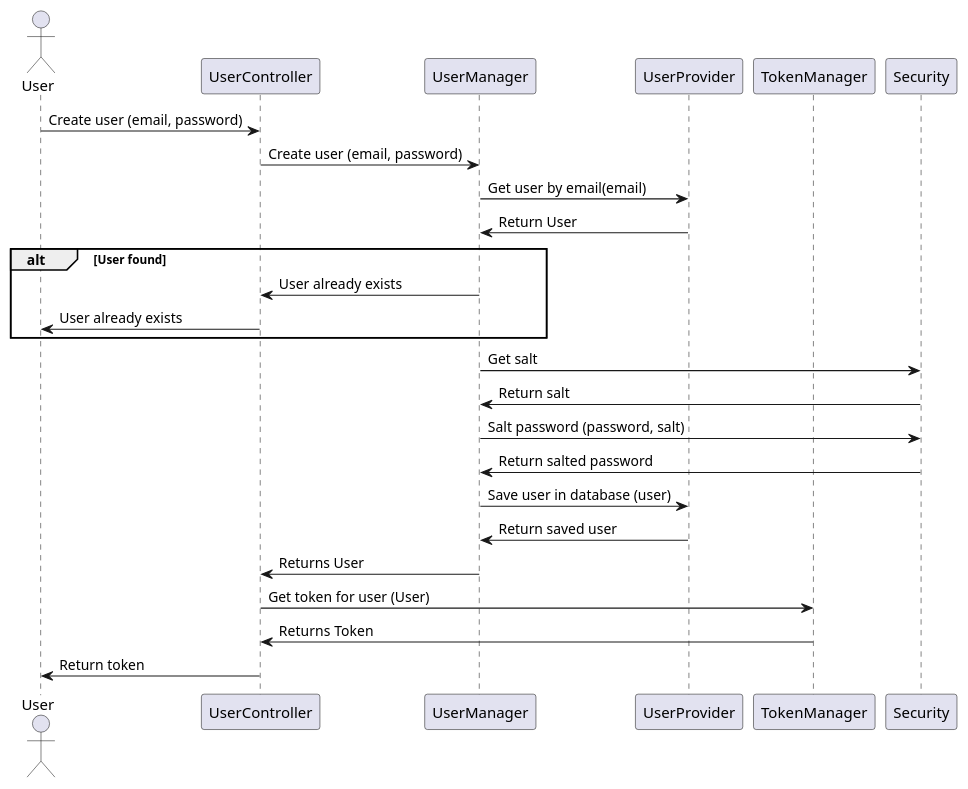
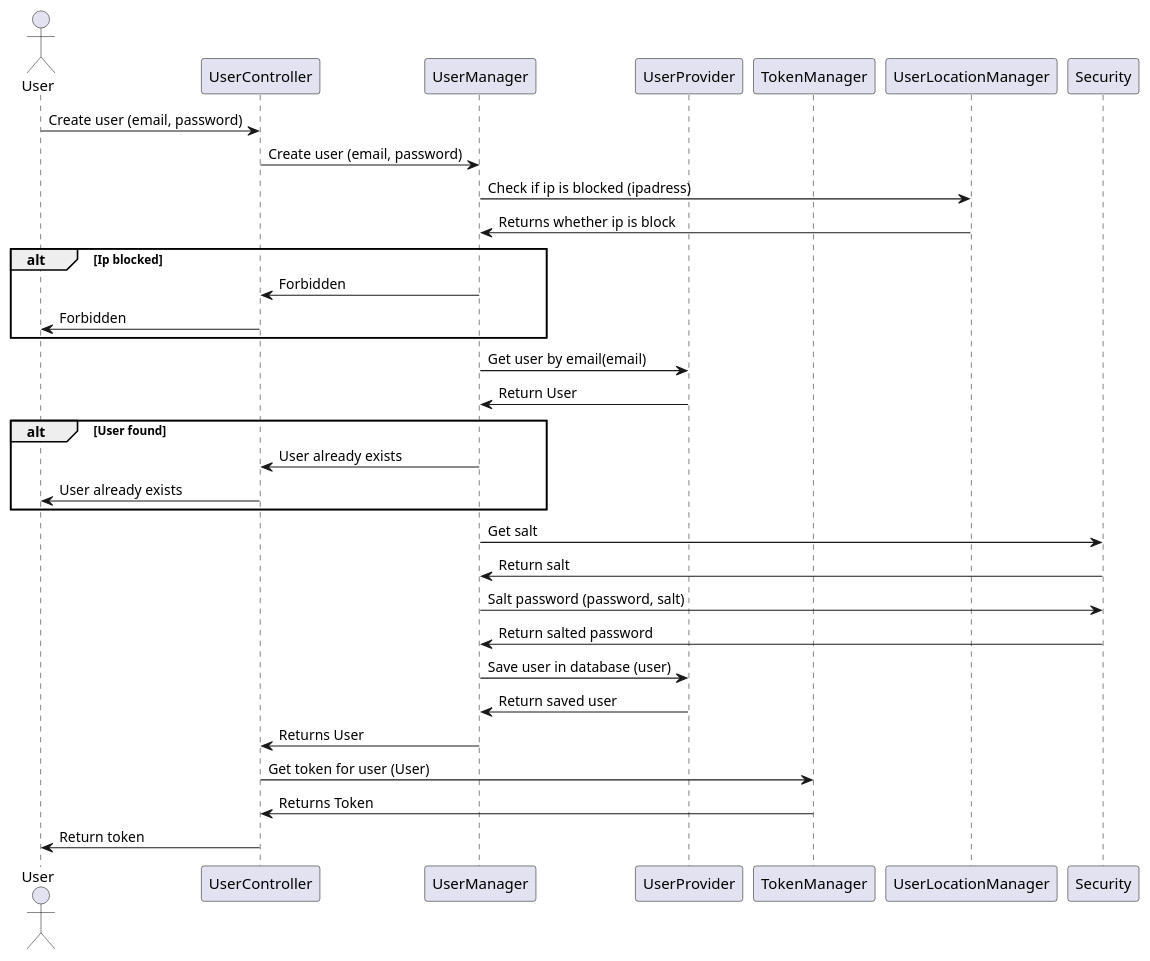
Before and after one commit to blackout1471/trust-us-school: the diagram in Docs/SDDiagrams/CreateUserSD.plantuml, drawn with PlantUML. The commit also changed 29 other files, not shown here.

Commit message:
Added user location checks

```diff
--- a/Docs/SDDiagrams/CreateUserSD.plantuml
+++ b/Docs/SDDiagrams/CreateUserSD.plantuml
@@ -1,40 +1,51 @@
 @startuml Create User SD
 
 
 actor User
 participant UserController
 participant UserManager
 participant UserProvider
 participant TokenManager
+participant UserLocationManager
 participant Security
+
+
 
 User->UserController: Create user (email, password)
 UserController->UserManager: Create user (email, password)
+UserManager->UserLocationManager: Check if ip is blocked (ipadress)
+UserLocationManager->UserManager: Returns whether ip is block
+
+alt Ip blocked
+UserManager->UserController: Forbidden
+UserController->User: Forbidden
+end
+
 UserManager->UserProvider: Get user by email(email)
 UserProvider->UserManager: Return User
 
 alt User found
 
 UserManager->UserController: User already exists
 UserController->User: User already exists
 
 end
 
 
 UserManager->Security: Get salt
 Security->UserManager: Return salt
 
 UserManager->Security: Salt password (password, salt)
 Security->UserManager: Return salted password
 
 UserManager->UserProvider: Save user in database (user)
 UserProvider->UserManager: Return saved user
 
 
 UserManager->UserController: Returns User
 UserController->TokenManager: Get token for user (User)
 TokenManager->UserController: Returns Token
 
 UserController->User: Return token
 
 @enduml
```
